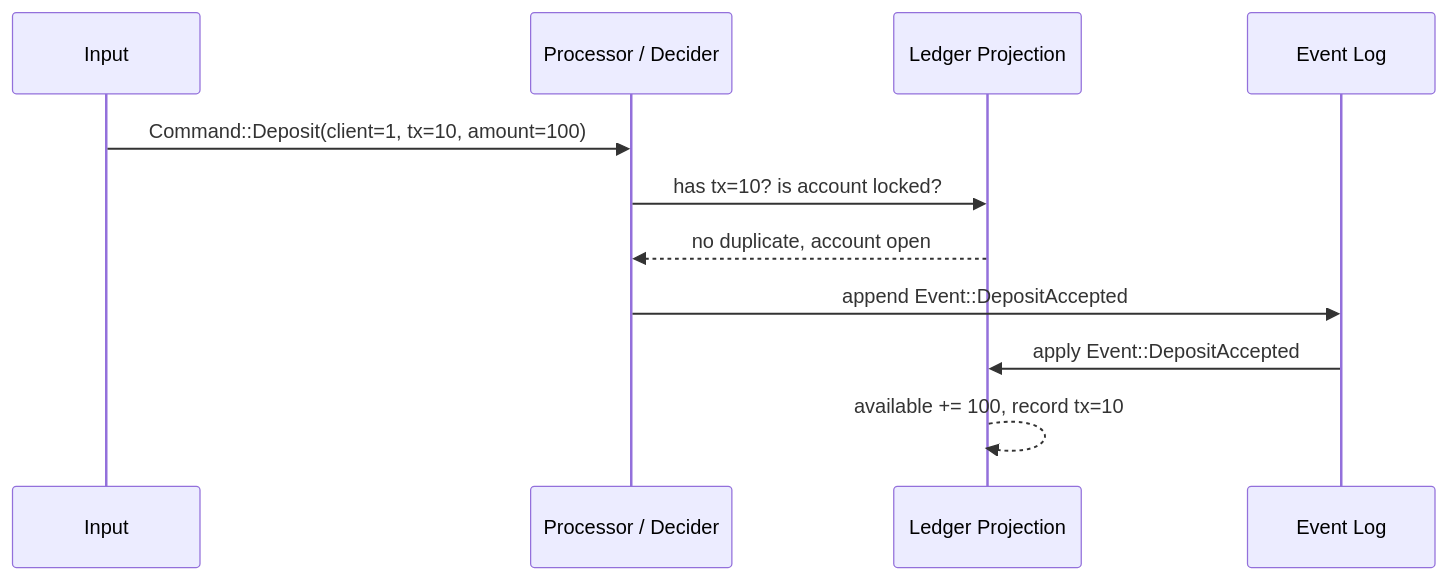
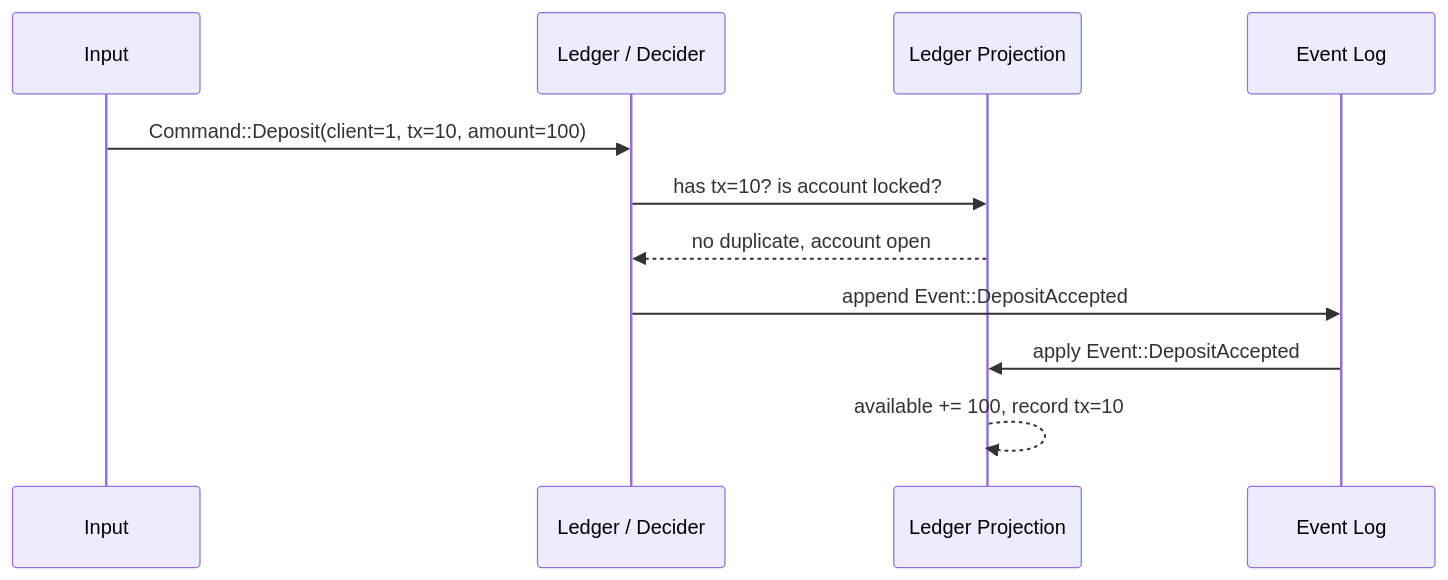
The third of 3 diagrams in docs/event-sourcing-architecture.md (leonardorudolfocardoso/themis), drawn with Mermaid before and after one commit. The commit also changed other lines of this file and 5 other files, not shown here.

Commit message:
refactor: rename processor facade to ledger

````diff
--- a/docs/event-sourcing-architecture.md
+++ b/docs/event-sourcing-architecture.md
@@ -70,14 +70,14 @@
 ```mermaid
 sequenceDiagram
     participant Input as Input
-    participant Processor as Processor / Decider
+    participant Ledger as Ledger / Decider
     participant Projection as Ledger Projection
     participant Log as Event Log
 
-    Input->>Processor: Command::Deposit(client=1, tx=10, amount=100)
-    Processor->>Projection: has tx=10? is account locked?
-    Projection-->>Processor: no duplicate, account open
-    Processor->>Log: append Event::DepositAccepted
+    Input->>Ledger: Command::Deposit(client=1, tx=10, amount=100)
+    Ledger->>Projection: has tx=10? is account locked?
+    Projection-->>Ledger: no duplicate, account open
+    Ledger->>Log: append Event::DepositAccepted
     Log->>Projection: apply Event::DepositAccepted
     Projection-->>Projection: available += 100, record tx=10
 ```
````
